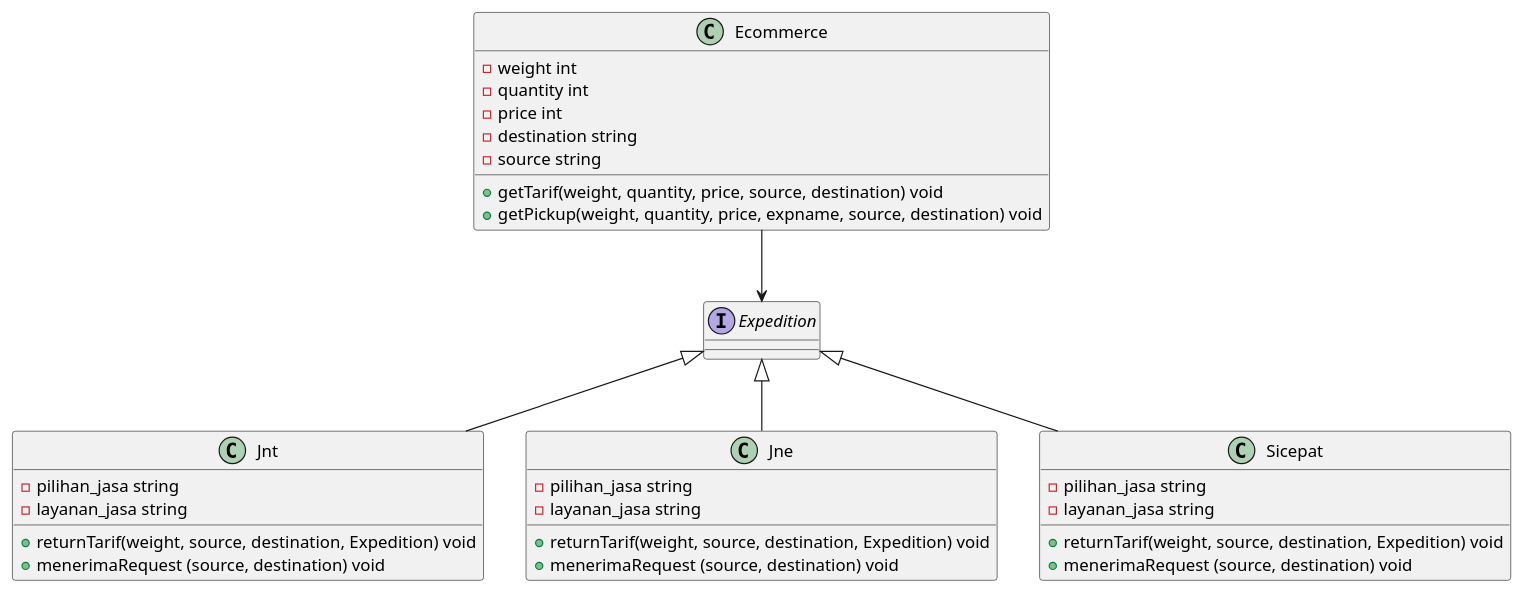
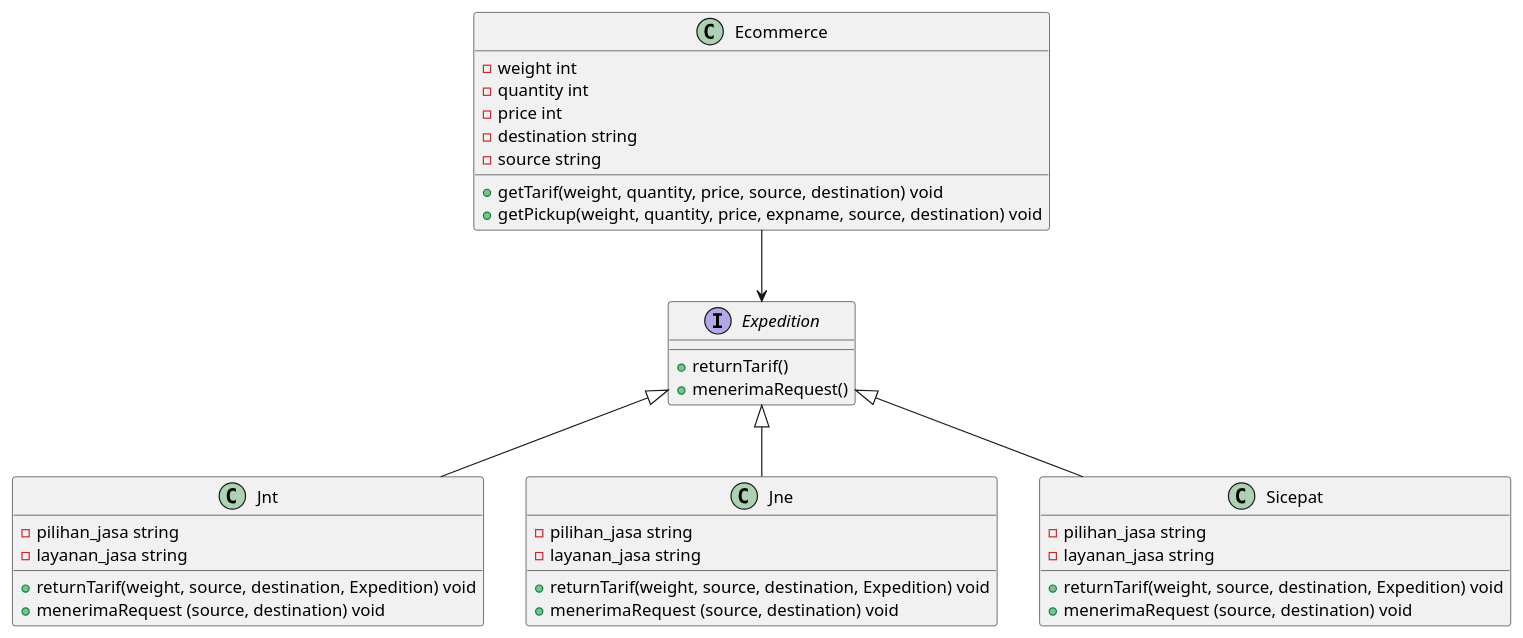
The diagram in Kelompok 3/main.puml (farhanzakiputra/pbpu-a-2022), drawn with PlantUML before and after one commit.

```diff
--- a/Kelompok 3/main.puml
+++ b/Kelompok 3/main.puml
@@ -1,45 +1,46 @@
 @startuml Main
 
 Ecommerce --> Expedition
 Expedition <|-- Jnt
 Expedition <|-- Jne
 Expedition <|-- Sicepat
 class Ecommerce {
     - weight int
     - quantity int
     - price int
     - destination string
     - source string
     + getTarif(weight, quantity, price, source, destination) void
     + getPickup(weight, quantity, price, expname, source, destination) void
 }
 
 interface Expedition {
-/' #TODO: Populate '/
+    +returnTarif()
+    +menerimaRequest()
 }
 
 class Jne {
     - pilihan_jasa string
     - layanan_jasa string
     + returnTarif(weight, source, destination, Expedition) void
     + menerimaRequest (source, destination) void
 }
 
 class Jnt {
     - pilihan_jasa string
     - layanan_jasa string
     + returnTarif(weight, source, destination, Expedition) void
     + menerimaRequest (source, destination) void
 }
 
 class Sicepat {
     - pilihan_jasa string
     - layanan_jasa string
     + returnTarif(weight, source, destination, Expedition) void
     + menerimaRequest (source, destination) void
 }
 
 
 
 
 @enduml
```
